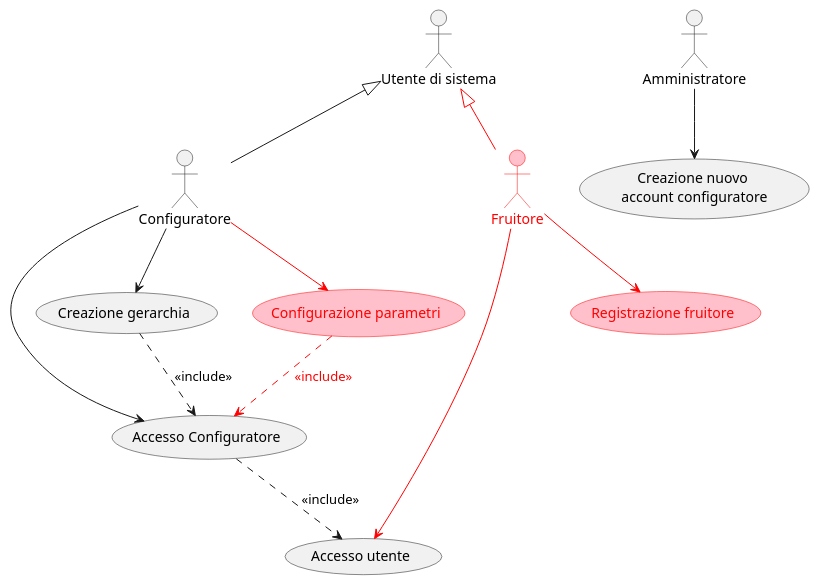
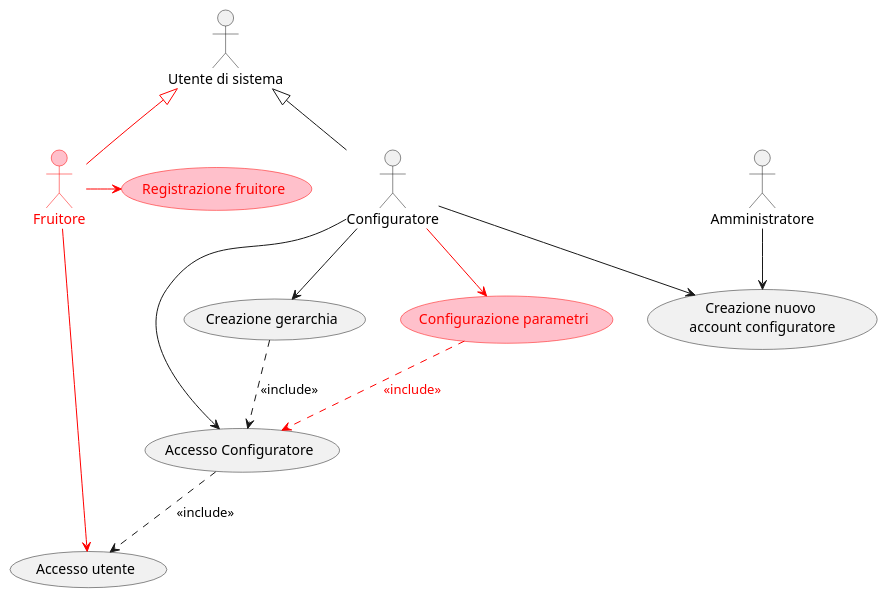
The diagram in DOC/VER2/diagrams/use_case/version_2.puml (Matlice/ing_sw_2022), drawn with PlantUML before and after one commit. The commit also changed 9 other files, not shown here.

```diff
--- a/DOC/VER2/diagrams/use_case/version_2.puml
+++ b/DOC/VER2/diagrams/use_case/version_2.puml
@@ -1,30 +1,31 @@
 @startuml
 
 :Utente di sistema: as user
 :Configuratore: as conf
 :Amministratore: as adm
 
 conf -up-|> user
 conf --> (Accesso Configuratore)
 conf --> (Creazione gerarchia)
 
 adm --> (Creazione nuovo \naccount configuratore)
+conf --> (Creazione nuovo \naccount configuratore)
 
 (Accesso Configuratore) ..> (Accesso utente): <<include>>
 (Creazione gerarchia) ..> (Accesso Configuratore): <<include>>
 
 'VERSIONE 2 ===========================================
 
 :Fruitore: as fruit #pink;line:red;text:red
 
 fruit -up-|> user #red;text:red
 
 (Configurazione parametri)  #pink;line:red;text:red
 (Registrazione fruitore) #pink;line:red;text:red
 
 conf --> (Configurazione parametri) #red;text:red
-fruit --> (Registrazione fruitore) #red;text:red
+fruit -right-> (Registrazione fruitore) #red;text:red
 fruit --> (Accesso utente) #red;text:red
 (Configurazione parametri) ..> (Accesso Configuratore) #red;text:red : <<include>>
 
 @enduml
```
